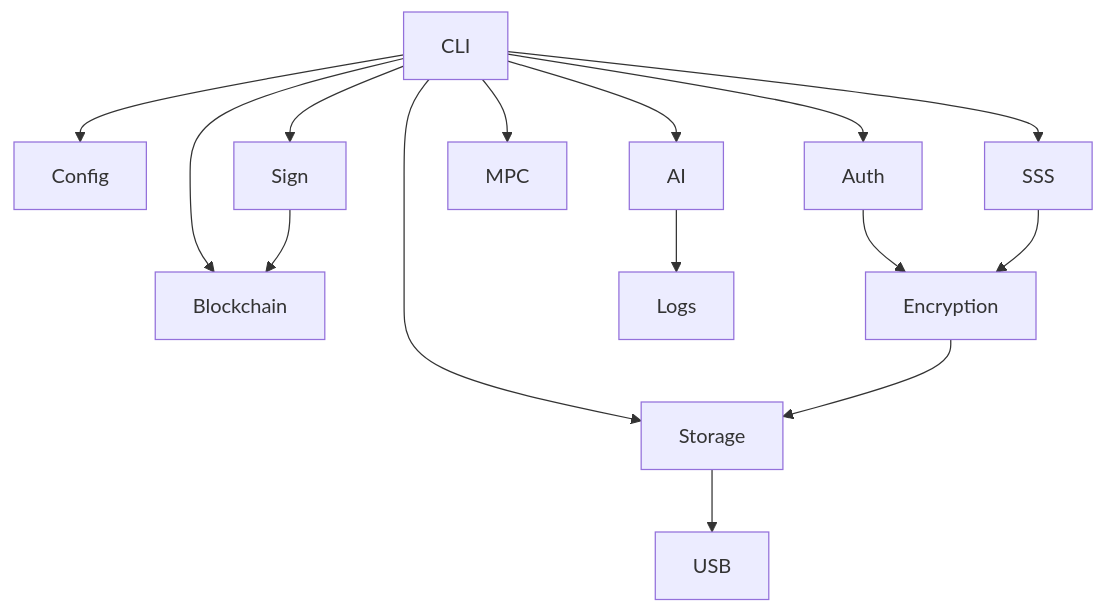
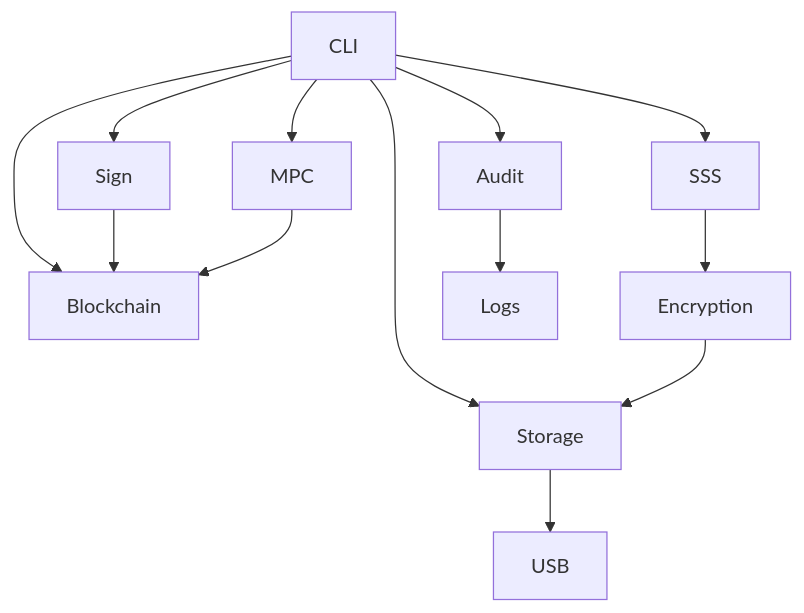
Before and after one commit to rishi-xyz/horcrux: the fourth of 15 diagrams in Architecture.md, drawn with Mermaid. The commit also changed other lines of this file and 12 other files, not shown here.

````diff
--- a/Architecture.md
+++ b/Architecture.md
@@ -615,31 +485,19 @@
 ```mermaid
 graph TD
 
-CLI --> Config
-
-CLI --> Auth
-
 CLI --> SSS
-
 CLI --> Storage
-
 CLI --> Sign
-
 CLI --> MPC
-
 CLI --> Blockchain
-
-CLI --> AI
-
-Auth --> Encryption
+CLI --> Audit
 
 SSS --> Encryption
-
 Encryption --> Storage
-
 Storage --> USB
 
 Sign --> Blockchain
+MPC --> Blockchain
 
-AI --> Logs
+Audit --> Logs
 ```
````
